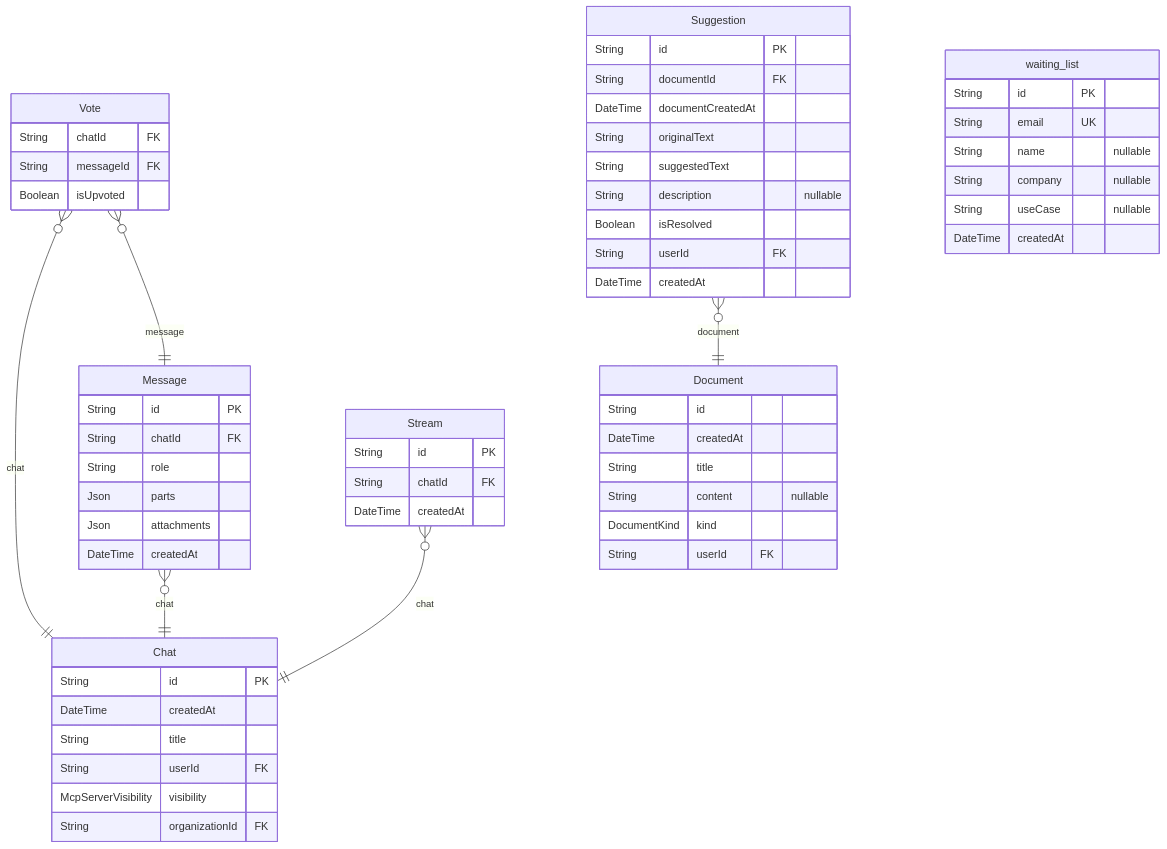
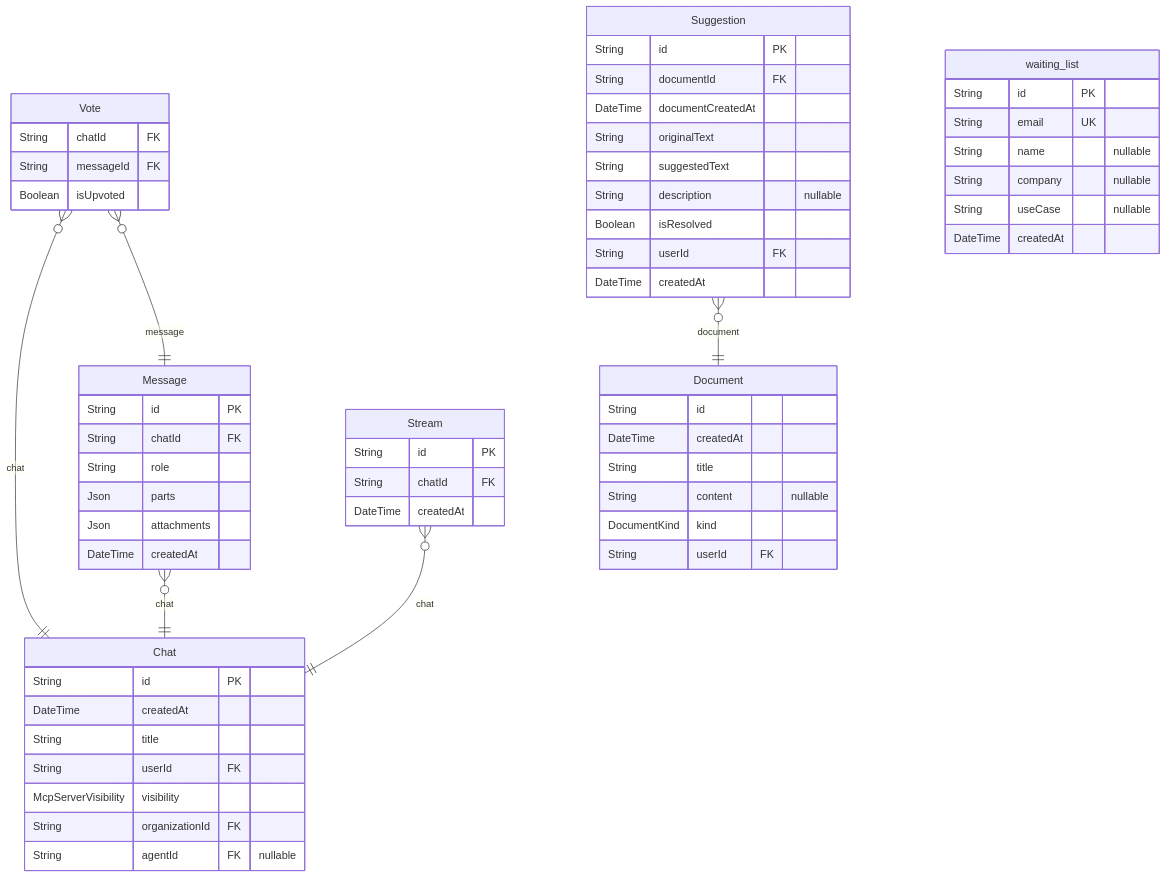
One commit to rayven122/tumiki changed the tenth of 10 diagrams in packages/db/prisma/README.md. Above: the diagram before and after it, drawn with Mermaid. The commit also changed other lines of this file and 13 other files, not shown here.

````diff
--- a/packages/db/prisma/README.md
+++ b/packages/db/prisma/README.md
@@ -951,61 +955,62 @@
 ```mermaid
 erDiagram
 "Chat" {
   String id PK
   DateTime createdAt
   String title
   String userId FK
   McpServerVisibility visibility
   String organizationId FK
+  String agentId FK "nullable"
 }
 "Message" {
   String id PK
   String chatId FK
   String role
   Json parts
   Json attachments
   DateTime createdAt
 }
 "Vote" {
   String chatId FK
   String messageId FK
   Boolean isUpvoted
 }
 "Document" {
   String id
   DateTime createdAt
   String title
   String content "nullable"
   DocumentKind kind
   String userId FK
 }
 "Suggestion" {
   String id PK
   String documentId FK
   DateTime documentCreatedAt
   String originalText
   String suggestedText
   String description "nullable"
   Boolean isResolved
   String userId FK
   DateTime createdAt
 }
 "Stream" {
   String id PK
   String chatId FK
   DateTime createdAt
 }
 "waiting_list" {
   String id PK
   String email UK
   String name "nullable"
   String company "nullable"
   String useCase "nullable"
   DateTime createdAt
 }
 "Message" }o--|| "Chat" : chat
 "Vote" }o--|| "Chat" : chat
 "Vote" }o--|| "Message" : message
 "Suggestion" }o--|| "Document" : document
 "Stream" }o--|| "Chat" : chat
 ```
````
